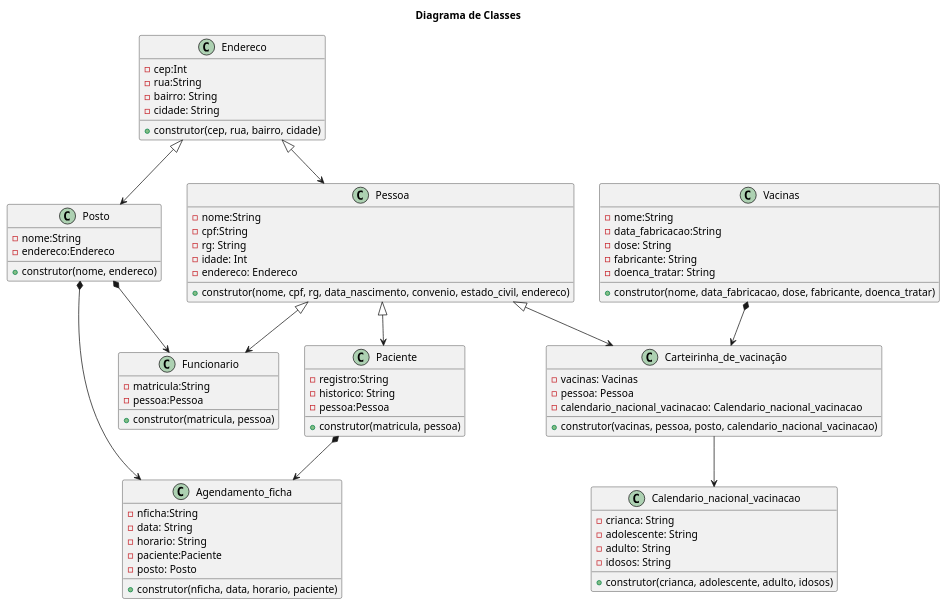
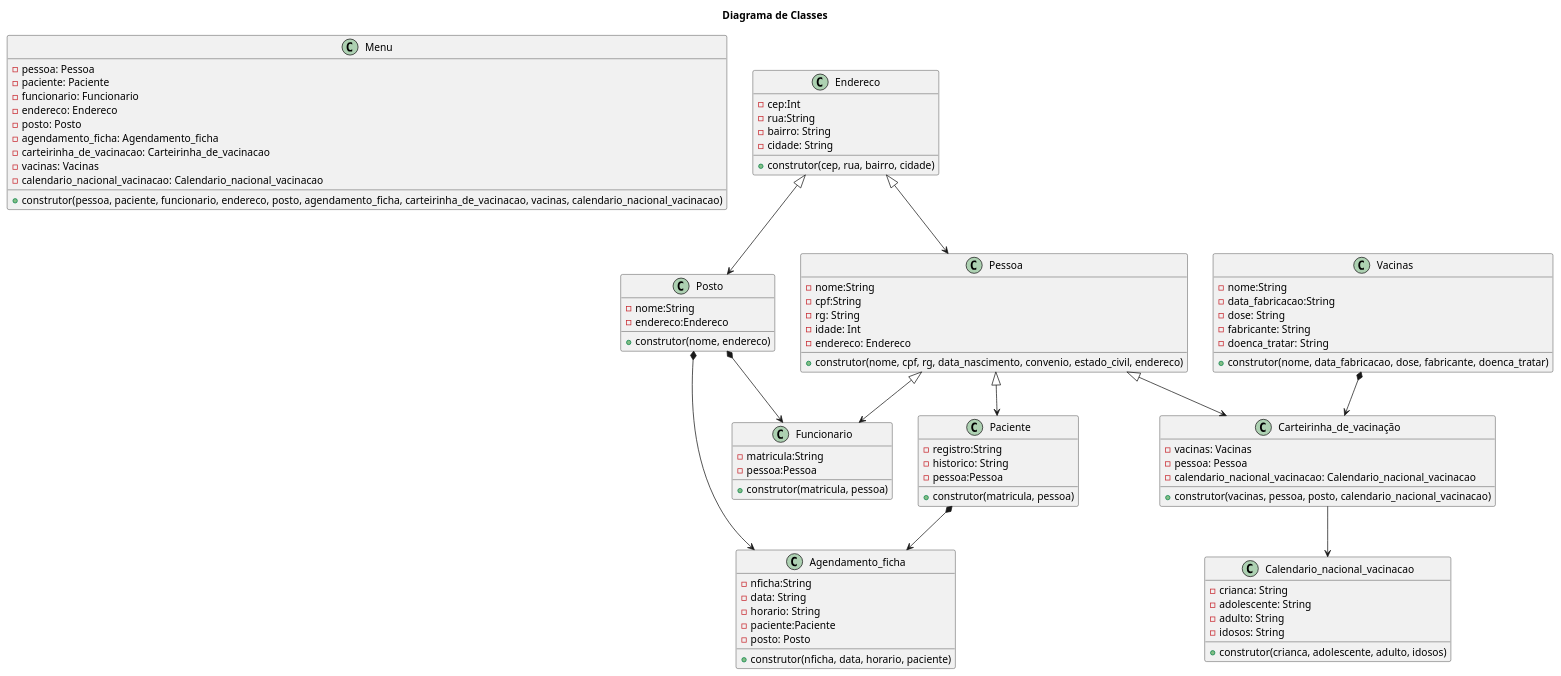
Before and after one commit to anleaes/2022-1-N2-POO-04: the diagram in @startuml herenca composicao.plantUML, drawn with PlantUML. The commit also changed 1 other file, not shown here.

Commit message:
criei o diagrama menu e adicionei um dado de pessoa

```diff
--- a/@startuml herenca composicao.plantUML
+++ b/@startuml herenca composicao.plantUML
@@ -1,91 +1,104 @@
 @startuml herenca composicao
 
 title Diagrama de Classes
 
+class Menu{
+    -pessoa: Pessoa
+    -paciente: Paciente
+    -funcionario: Funcionario
+    -endereco: Endereco
+    -posto: Posto
+    -agendamento_ficha: Agendamento_ficha
+    -carteirinha_de_vacinacao: Carteirinha_de_vacinacao
+    -vacinas: Vacinas
+    -calendario_nacional_vacinacao: Calendario_nacional_vacinacao
+    +construtor(pessoa, paciente, funcionario, endereco, posto, agendamento_ficha, carteirinha_de_vacinacao, vacinas, calendario_nacional_vacinacao)
+
+}
 class Carteirinha_de_vacinação{
     - vacinas: Vacinas
     - pessoa: Pessoa
     - calendario_nacional_vacinacao: Calendario_nacional_vacinacao
     + construtor(vacinas, pessoa, posto, calendario_nacional_vacinacao)
 } 
  
 
 class Posto{
     - nome:String
     - endereco:Endereco
     + construtor(nome, endereco)
 
 }
 
 class Calendario_nacional_vacinacao{
     - crianca: String
     - adolescente: String
     - adulto: String
     - idosos: String
     + construtor(crianca, adolescente, adulto, idosos)
 } 
 
 
 
 class Endereco{
     - cep:Int
     - rua:String
     - bairro: String
     - cidade: String
     + construtor(cep, rua, bairro, cidade)
 }
 
 class Pessoa{
     - nome:String
     - cpf:String
     - rg: String
     - idade: Int
     - endereco: Endereco
     + construtor(nome, cpf, rg, data_nascimento, convenio, estado_civil, endereco)
 }
 class Vacinas{
     - nome:String
     - data_fabricacao:String
     - dose: String
     - fabricante: String
     - doenca_tratar: String
     + construtor(nome, data_fabricacao, dose, fabricante, doenca_tratar)
 }
 
 class Funcionario{
     - matricula:String
     - pessoa:Pessoa
     + construtor(matricula, pessoa)
 
 }
 
 class Paciente{
     - registro:String
     - historico: String
     - pessoa:Pessoa
     + construtor(matricula, pessoa)
     }
 
 class Agendamento_ficha{
     - nficha:String
     - data: String
     - horario: String
     - paciente:Paciente
     - posto: Posto
     + construtor(nficha, data, horario, paciente)
     }
 
 Pessoa <|--> Paciente
 Pessoa <|--> Funcionario
 Endereco <|--> Pessoa
 Endereco <|--> Posto
 Carteirinha_de_vacinação --> Calendario_nacional_vacinacao
 Pessoa <|--> Carteirinha_de_vacinação 
 
 Posto *--> Funcionario
 Posto *--> Agendamento_ficha
 Vacinas *--> Carteirinha_de_vacinação
 Paciente *--> Agendamento_ficha
 
 
 @enduml 
```
